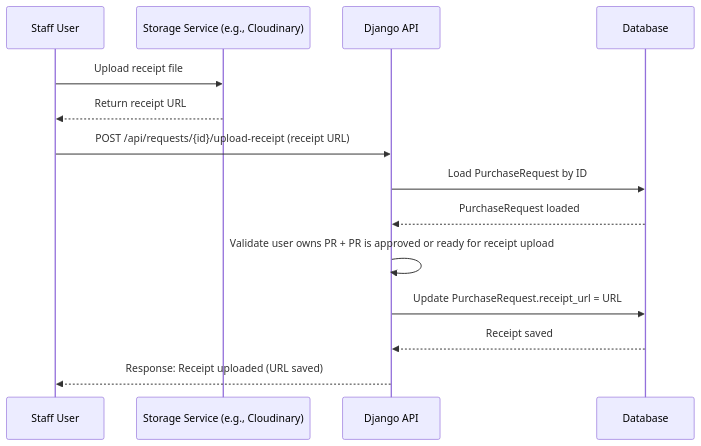
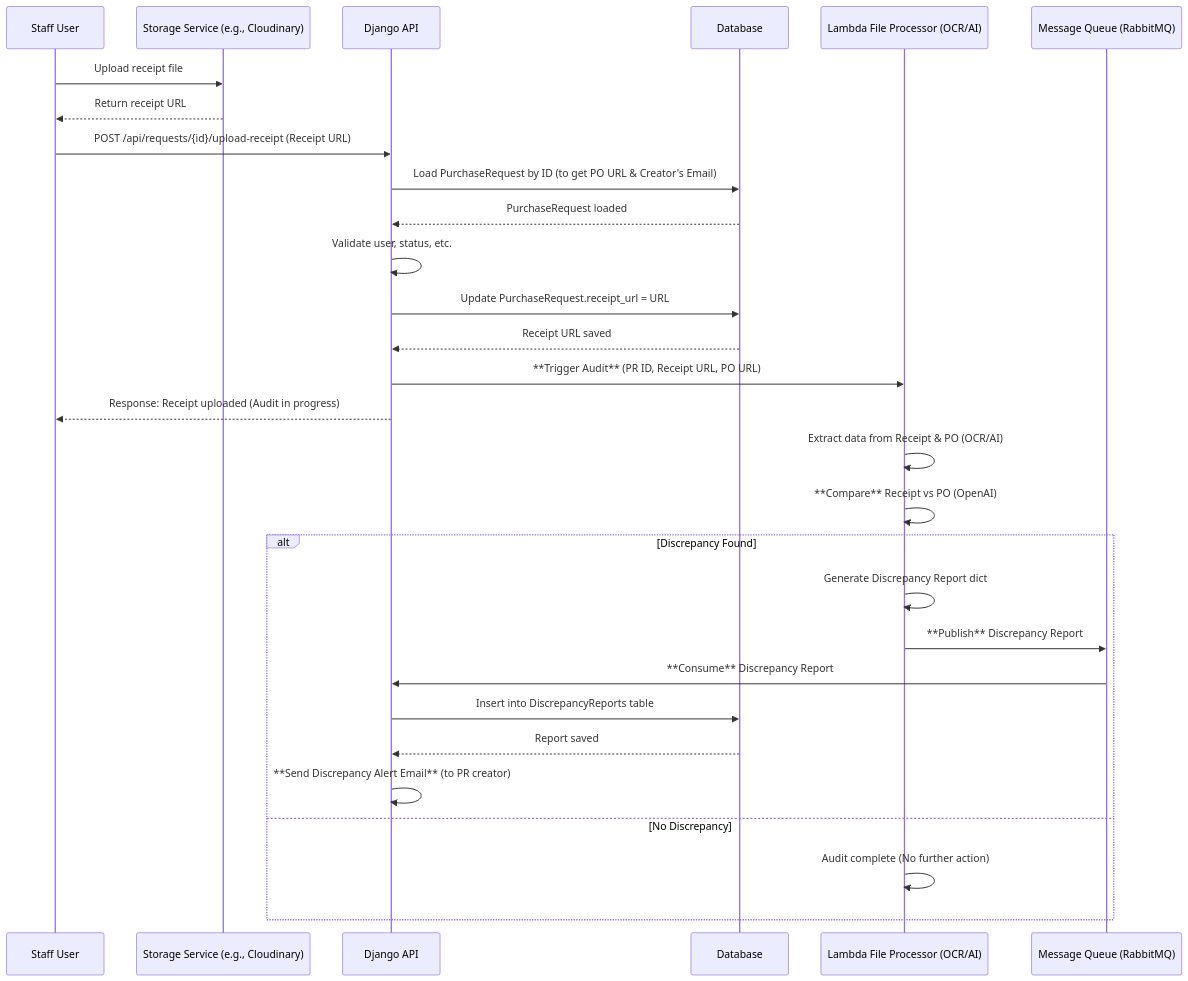
One commit to ericndungutse/procure-to-pay-ist-bn changed the diagram in docs/flows/receipt_upload.md. Above: the diagram before and after it, drawn with Mermaid. The commit also changed other lines of this file and 3 other files, not shown here.

Commit message:
doc: update technical documentation to reflect changes on architecture and new services (#10)

````diff
--- a/docs/flows/receipt_upload.md
+++ b/docs/flows/receipt_upload.md
@@ -7,27 +14,44 @@
 ```mermaid
 sequenceDiagram
-    participant U as Staff User
-    participant ST as Storage Service (e.g., Cloudinary)
-    participant API as Django API
-    participant DB as Database
+    participant U as Staff User
+    participant ST as Storage Service (e.g., Cloudinary)
+    participant API as Django API
+    participant DB as Database
+    participant LFS as Lambda File Processor (OCR/AI)
+    participant MQ as Message Queue (RabbitMQ)
 
-    %% Step 1: Staff uploads receipt file
-    U->>ST: Upload receipt file
-    ST-->>U: Return receipt URL
+    %% Step 1: Staff uploads receipt file
+    U->>ST: Upload receipt file
+    ST-->>U: Return receipt URL
 
-    %% Step 2: Staff submits receipt URL
-    U->>API: POST /api/requests/{id}/upload-receipt (receipt URL)
+    %% Step 2: Staff submits receipt URL
+    U->>API: POST /api/requests/{id}/upload-receipt (Receipt URL)
 
-    %% Step 3: API validates request
-    API->>DB: Load PurchaseRequest by ID
-    DB-->>API: PurchaseRequest loaded
+    %% Step 3: API validates request and saves URL
+    API->>DB: Load PurchaseRequest by ID (to get PO URL & Creator's Email)
+    DB-->>API: PurchaseRequest loaded
 
-    API->>API: Validate user owns PR + PR is approved or ready for receipt upload
+    API->>API: Validate user, status, etc.
 
-    %% Step 4: Save receipt URL
-    API->>DB: Update PurchaseRequest.receipt_url = URL
-    DB-->>API: Receipt saved
+    API->>DB: Update PurchaseRequest.receipt_url = URL
+    DB-->>API: Receipt URL saved
 
-    %% Step 5: API returns success response
-    API-->>U: Response: Receipt uploaded (URL saved)
+    %% Step 4: API triggers asynchronous audit
+    API->>LFS: **Trigger Audit** (PR ID, Receipt URL, PO URL)
+    API-->>U: Response: Receipt uploaded (Audit in progress)
+
+    %% Step 5: LFS performs comparison (Asynchronous)
+    LFS->>LFS: Extract data from Receipt & PO (OCR/AI)
+    LFS->>LFS: **Compare** Receipt vs PO (OpenAI)
+
+    alt Discrepancy Found
+        LFS->>LFS: Generate Discrepancy Report dict
+        LFS->>MQ: **Publish** Discrepancy Report
+        MQ->>API: **Consume** Discrepancy Report
+        API->>DB: Insert into DiscrepancyReports table
+        DB-->>API: Report saved
+        API->>API: **Send Discrepancy Alert Email** (to PR creator)
+    else No Discrepancy
+        LFS->>LFS: Audit complete (No further action)
+    end
 ```
````
